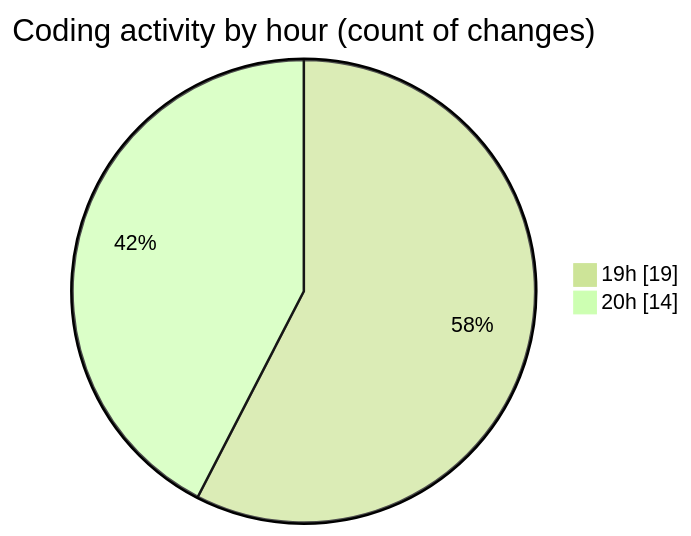
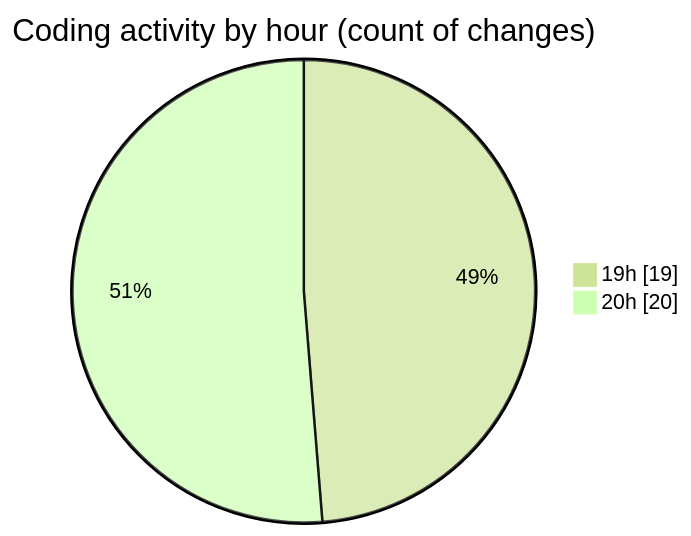
One commit to momahboobian/code-tracking changed the second of 2 diagrams in 2025-05-12/news-clock-system-caspercg/README.md. Above: the diagram before and after it, drawn with Mermaid (forest theme). The commit also changed other lines of this file and 1 other file, not shown here.

````diff
--- a/2025-05-12/news-clock-system-caspercg/README.md
+++ b/2025-05-12/news-clock-system-caspercg/README.md
@@ -35,6 +37,6 @@
 ```mermaid
 pie showData
 title Coding activity by hour (count of changes)
 "19h" : 19
-"20h" : 14
+"20h" : 20
 ```
````
